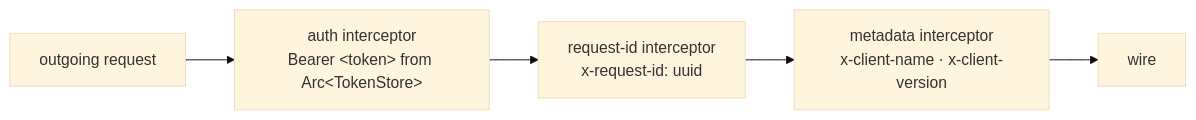
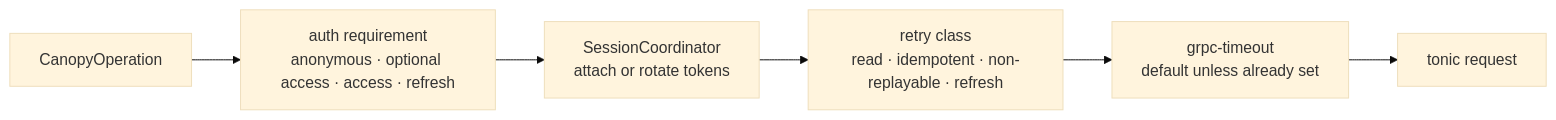
One commit to adrianrusu16/Media-App changed the third of 5 diagrams in rust/engine/README.md. Above: the diagram before and after it, drawn with Mermaid (base theme). The commit also changed other lines of this file and 8 other files, not shown here.

````diff
--- a/rust/engine/README.md
+++ b/rust/engine/README.md
@@ -226,8 +226,9 @@
 ```mermaid
 flowchart LR
-    REQ[outgoing request]
-    --> AUTH[auth interceptor\nBearer &lt;token&gt; from Arc&lt;TokenStore&gt;]
-    --> RID[request-id interceptor\nx-request-id: uuid]
-    --> META[metadata interceptor\nx-client-name · x-client-version]
-    --> WIRE[wire]
+    OP[CanopyOperation]
+    --> AUTH[auth requirement\nanonymous · optional access · access · refresh]
+    --> SESSION[SessionCoordinator\nattach or rotate tokens]
+    --> RETRY[retry class\nread · idempotent · non-replayable · refresh]
+    --> DEADLINE[grpc-timeout\ndefault unless already set]
+    --> WIRE[tonic request]
 ```
````
